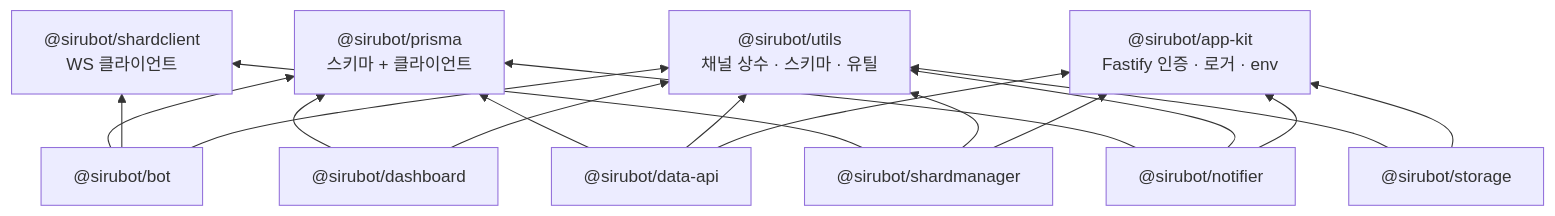
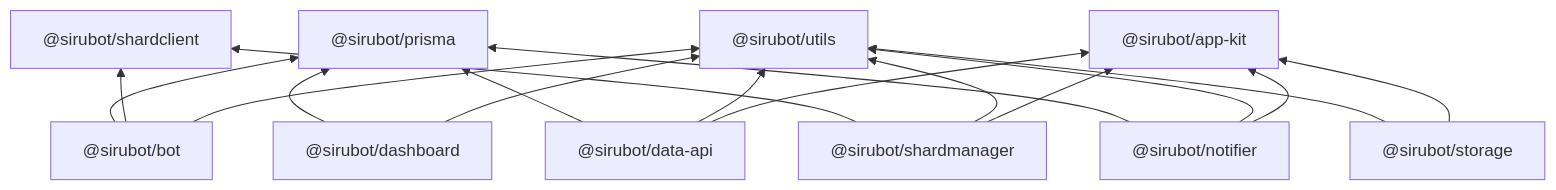
The second of 10 diagrams in docs/architecture.md (mochilabs/SiruBOT), drawn with Mermaid before and after one commit. The commit also changed other lines of this file and 63 other files, not shown here.

````diff
--- a/docs/architecture.md
+++ b/docs/architecture.md
@@ -107,30 +116,30 @@
 ```mermaid
 graph BT
-    prisma["@sirubot/prisma<br/>스키마 + 클라이언트"]
-    sc["@sirubot/shardclient<br/>WS 클라이언트"]
-    utils["@sirubot/utils<br/>채널 상수 · 스키마 · 유틸"]
-    ak["@sirubot/app-kit<br/>Fastify 인증 · 로거 · env"]
+    prisma["@sirubot/prisma"]
+    sc["@sirubot/shardclient"]
+    utils["@sirubot/utils"]
+    ak["@sirubot/app-kit"]
     bot["@sirubot/bot"]
     da["@sirubot/data-api"]
     dash["@sirubot/dashboard"]
     sm["@sirubot/shardmanager"]
     storage["@sirubot/storage"]
     notifier["@sirubot/notifier"]
 
     bot --> prisma
     bot --> sc
     bot --> utils
     da --> prisma
     da --> utils
     da --> ak
     dash --> prisma
     dash --> utils
     sm --> sc
     sm --> utils
     sm --> ak
     storage --> utils
     storage --> ak
     notifier --> prisma
     notifier --> utils
     notifier --> ak
 ```
````
